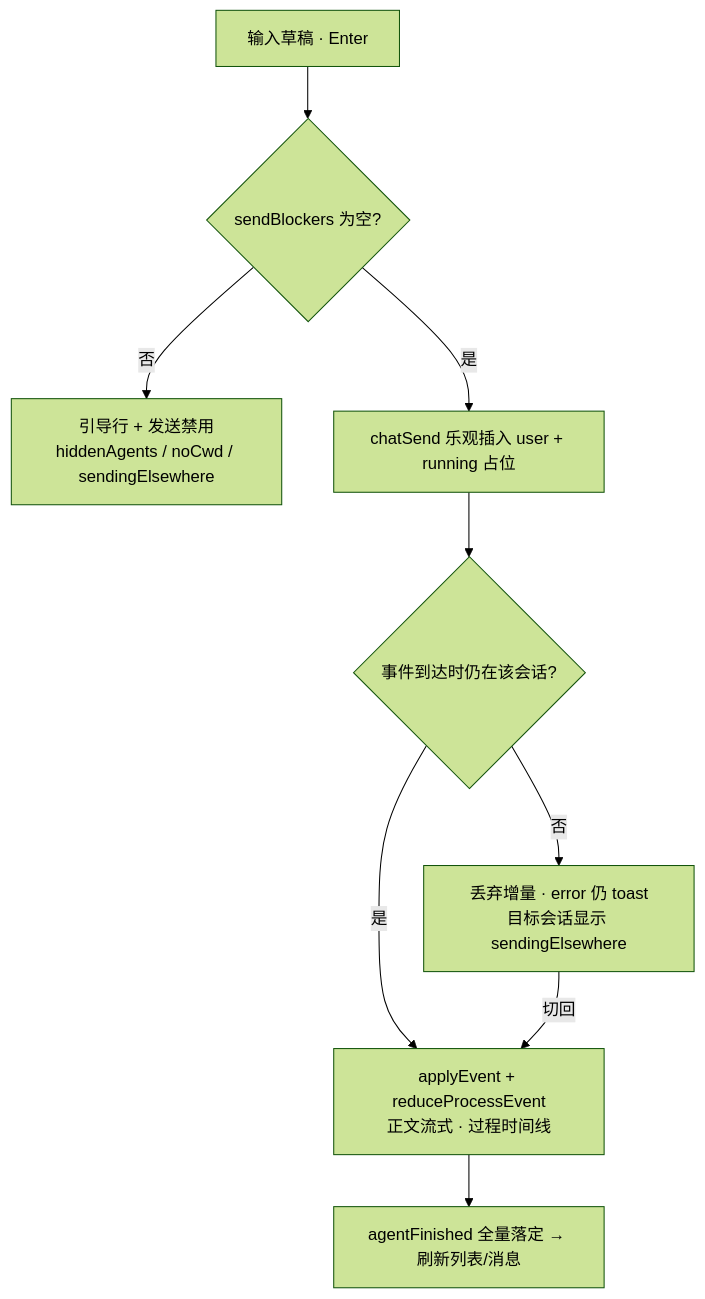
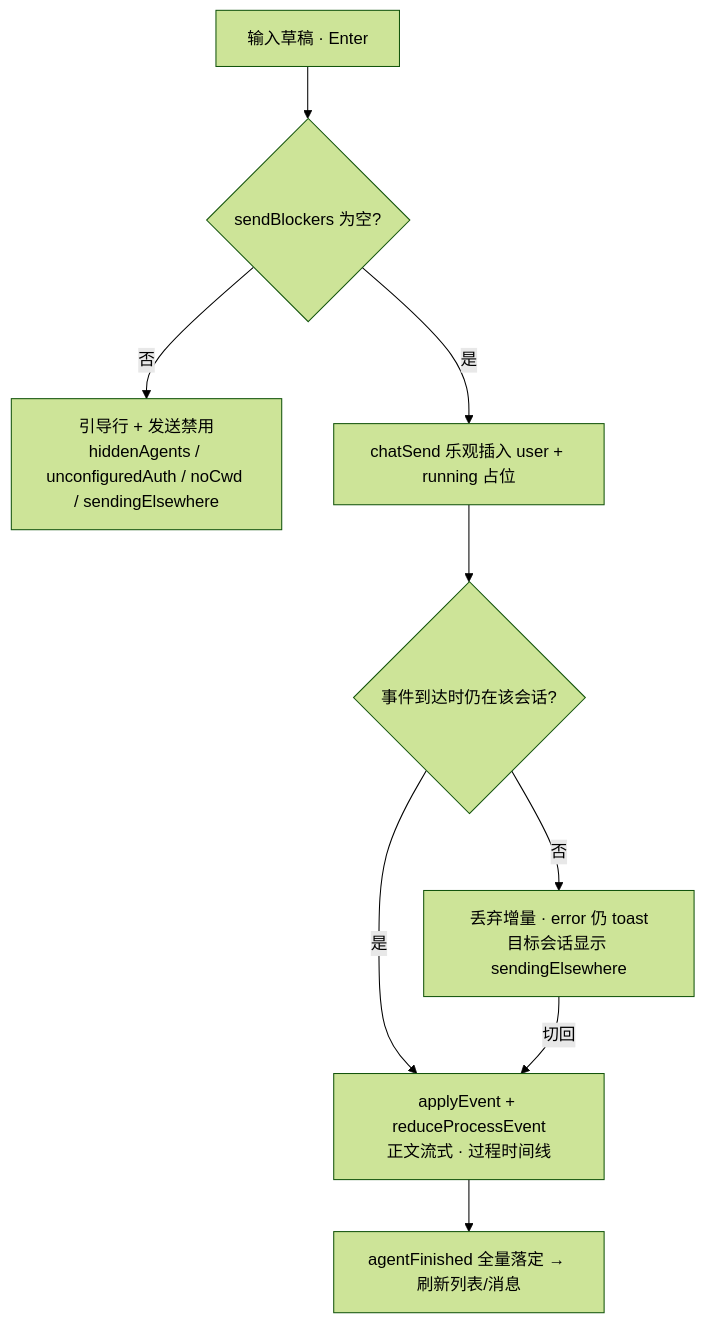
One commit to nicechencs/AgentHub changed the diagram in docs/chat-page-redesign.md. Above: the diagram before and after it, drawn with Mermaid (forest theme). The commit also changed other lines of this file and 6 other files, not shown here.

First line of the commit message:
fix(chat): disable hidden and unconfigured agents in picker

````diff
--- a/docs/chat-page-redesign.md
+++ b/docs/chat-page-redesign.md
@@ -338,11 +339,11 @@
 ```mermaid
 flowchart TD
   A[输入草稿 · Enter] --> B{sendBlockers 为空?}
-  B -- 否 --> C[引导行 + 发送禁用<br/>hiddenAgents / noCwd / sendingElsewhere]
+  B -- 否 --> C[引导行 + 发送禁用<br/>hiddenAgents / unconfiguredAuth / noCwd / sendingElsewhere]
   B -- 是 --> D[chatSend 乐观插入 user + running 占位]
   D --> E{事件到达时仍在该会话?}
   E -- 是 --> F[applyEvent + reduceProcessEvent<br/>正文流式 · 过程时间线]
   E -- 否 --> G[丢弃增量 · error 仍 toast<br/>目标会话显示 sendingElsewhere]
   F --> H[agentFinished 全量落定 → 刷新列表/消息]
   G -->|切回| F
 ```
````
